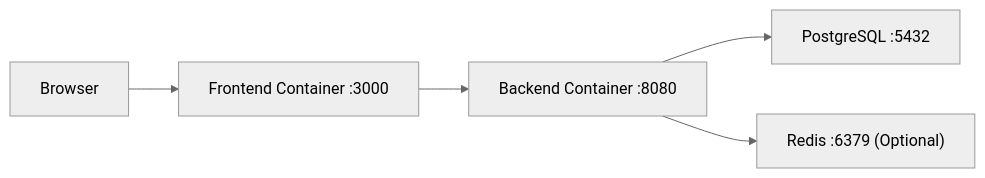
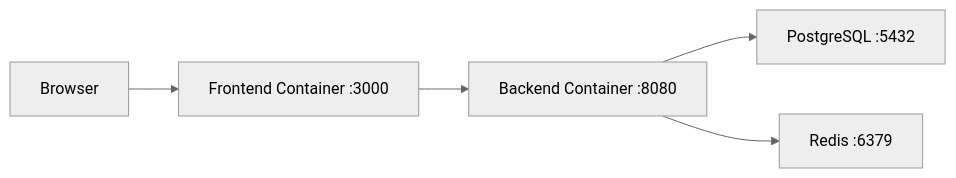
Before and after one commit to abhinavmaity/linear-lite: the sixth of 6 diagrams in docs/Technical_Architecture.md, drawn with Mermaid (neutral theme). The commit also changed other lines of this file and 2 other files, not shown here.

Commit message:
Update architecture documentation to require Redis as essential infrastructure and clarify caching behavior

````diff
--- a/docs/Technical_Architecture.md
+++ b/docs/Technical_Architecture.md
@@ -254,7 +254,7 @@
 ```mermaid
 flowchart LR
     Browser["Browser"] --> FE["Frontend Container :3000"]
     FE --> API["Backend Container :8080"]
     API --> PG["PostgreSQL :5432"]
-    API --> RC["Redis :6379 (Optional)"]
+    API --> RC["Redis :6379"]
 ```
````
